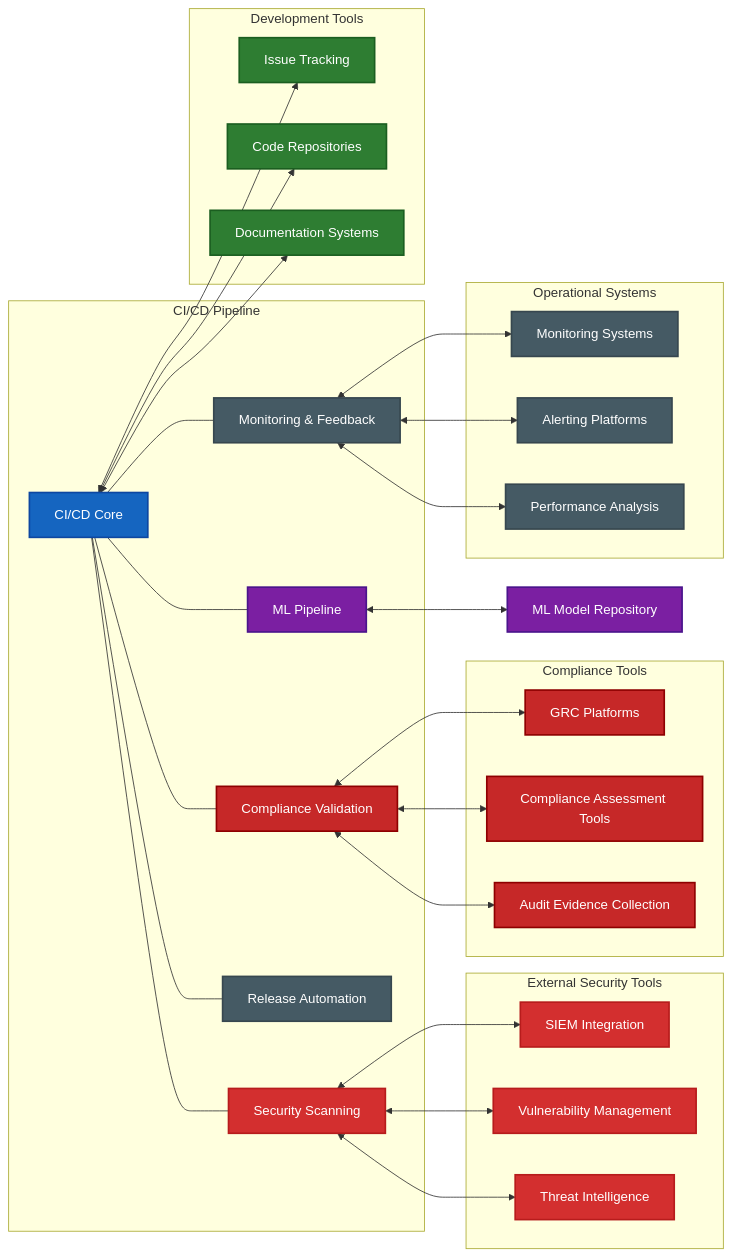
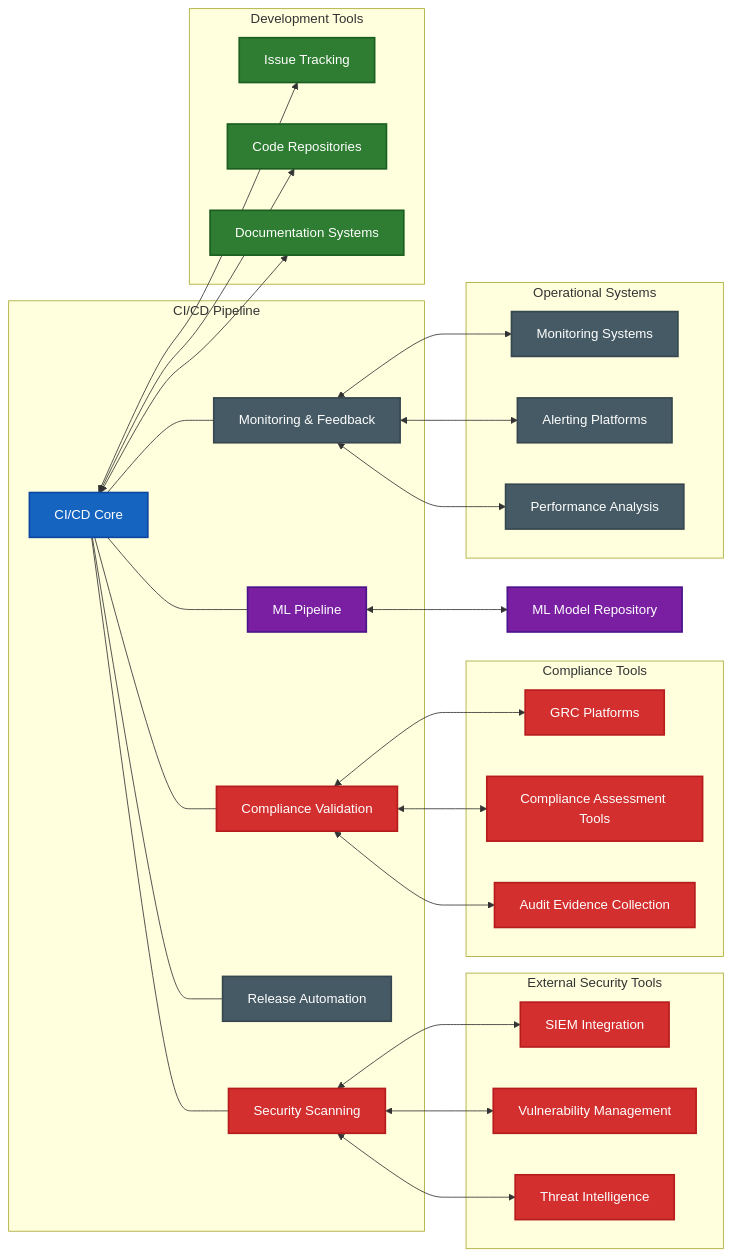
Before and after one commit to Hack23/cia-compliance-manager: the sixth of 7 diagrams in docs/architecture/FUTURE_WORKFLOWS.md, drawn with Mermaid. The commit also changed 7 other files, not shown here.

````diff
--- a/docs/architecture/FUTURE_WORKFLOWS.md
+++ b/docs/architecture/FUTURE_WORKFLOWS.md
@@ -367,66 +367,66 @@
 ```mermaid
 flowchart LR
     subgraph "CI/CD Pipeline"
         A[CI/CD Core] --- B[Security Scanning]
         A --- C[Compliance Validation]
         A --- D[ML Pipeline]
         A --- E[Release Automation]
         A --- F[Monitoring & Feedback]
     end
 
     subgraph "External Security Tools"
         S1[SIEM Integration]
         S2[Vulnerability Management]
         S3[Threat Intelligence]
     end
 
     subgraph "Compliance Tools"
         C1[GRC Platforms]
         C2[Compliance Assessment Tools]
         C3[Audit Evidence Collection]
     end
 
     subgraph "Development Tools"
         D1[Issue Tracking]
         D2[Code Repositories]
         D3[Documentation Systems]
     end
 
     subgraph "Operational Systems"
         O1[Monitoring Systems]
         O2[Alerting Platforms]
         O3[Performance Analysis]
     end
 
     B <--> S1
     B <--> S2
     B <--> S3
     
     C <--> C1
     C <--> C2
     C <--> C3
     
     A <--> D1
     A <--> D2
     A <--> D3
     
     F <--> O1
     F <--> O2
     F <--> O3
     
     D <--> MLR[ML Model Repository]
 
     classDef core fill:#1565C0,stroke:#0D47A1,stroke-width:2px,color:#ffffff
     classDef security fill:#D32F2F,stroke:#B71C1C,stroke-width:2px,color:#ffffff
-    classDef compliance fill:#C62828,stroke:#8E0000,stroke-width:2px,color:#ffffff
+    classDef compliance fill:#D32F2F,stroke:#B71C1C,stroke-width:2px,color:#ffffff
     classDef dev fill:#2E7D32,stroke:#1B5E20,stroke-width:2px,color:#ffffff
     classDef ops fill:#455A64,stroke:#37474F,stroke-width:2px,color:#ffffff
     classDef ml fill:#7B1FA2,stroke:#4A148C,stroke-width:2px,color:#ffffff
     
     class A core
     class B,S1,S2,S3 security
     class C,C1,C2,C3 compliance
     class D1,D2,D3 dev
     class E,F,O1,O2,O3 ops
     class D,MLR ml
 ```
````
